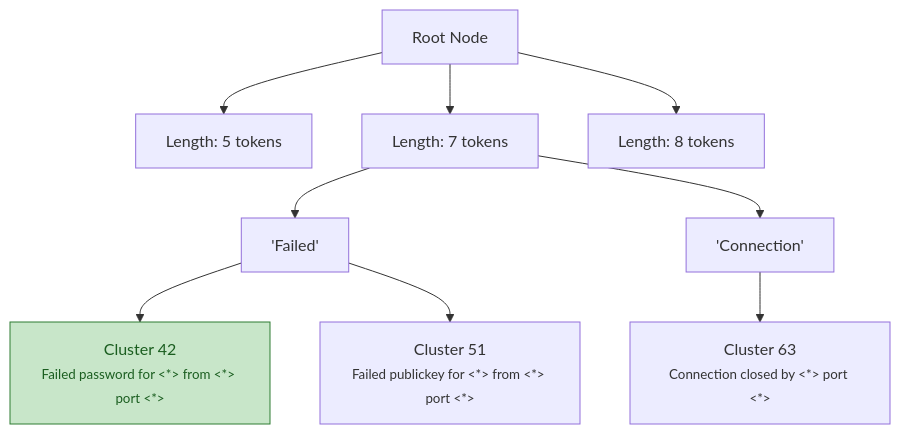
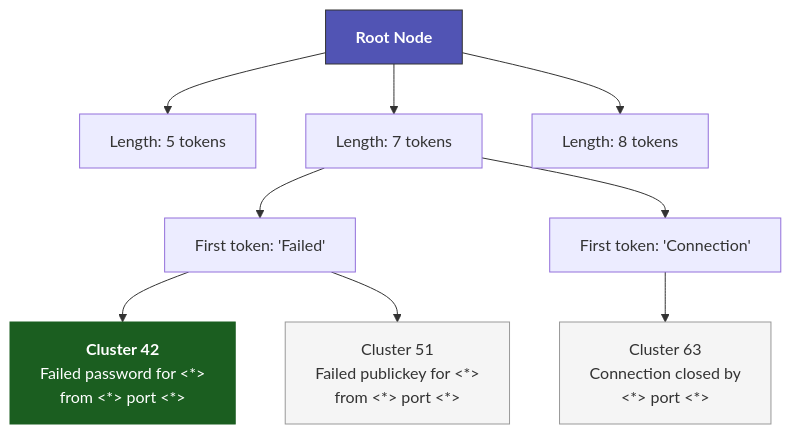
One commit to seerflow/seerflow-guide changed the diagram in docs/architecture/parsing.md. Above: the diagram before and after it, drawn with Mermaid. The commit also changed 2 other files, not shown here.

Commit message:
fix: diagram readability — larger Pipeline Overview, boxed Event Lifecycle, high-contrast Drain3 tree
- index.md: Pipeline Overview nodes expanded with 3-line descriptions, color-coded per stage
- pipeline.md: Event Lifecycle uses colored participant boxes with detailed Note annotations
- parsing.md: Cluster 42 uses dark green fill with white text (was pale green with invisible text)

````diff
--- a/docs/architecture/parsing.md
+++ b/docs/architecture/parsing.md
@@ -35,13 +35,16 @@
 ```mermaid
 graph TD
-    Root["Root Node"] --> L5["Length: 5 tokens"]
+    Root["<b>Root Node</b>"] --> L5["Length: 5 tokens"]
     Root --> L7["Length: 7 tokens"]
     Root --> L8["Length: 8 tokens"]
-    L7 --> Failed["'Failed'"]
-    L7 --> Connection["'Connection'"]
-    Failed --> C42["Cluster 42<br/><small>Failed password for &lt;*&gt; from &lt;*&gt; port &lt;*&gt;</small>"]
-    Failed --> C51["Cluster 51<br/><small>Failed publickey for &lt;*&gt; from &lt;*&gt; port &lt;*&gt;</small>"]
-    Connection --> C63["Cluster 63<br/><small>Connection closed by &lt;*&gt; port &lt;*&gt;</small>"]
+    L7 --> Failed["First token: 'Failed'"]
+    L7 --> Connection["First token: 'Connection'"]
+    Failed --> C42["<b>Cluster 42</b><br/>Failed password for &lt;*&gt;<br/>from &lt;*&gt; port &lt;*&gt;"]
+    Failed --> C51["Cluster 51<br/>Failed publickey for &lt;*&gt;<br/>from &lt;*&gt; port &lt;*&gt;"]
+    Connection --> C63["Cluster 63<br/>Connection closed by<br/>&lt;*&gt; port &lt;*&gt;"]
 
-    style C42 fill:#c8e6c9,stroke:#2e7d32,color:#1b5e20
+    style Root fill:#5154B4,stroke:#333,color:#fff
+    style C42 fill:#1b5e20,stroke:#1b5e20,color:#fff
+    style C51 fill:#f5f5f5,stroke:#999,color:#333
+    style C63 fill:#f5f5f5,stroke:#999,color:#333
 ```
````
